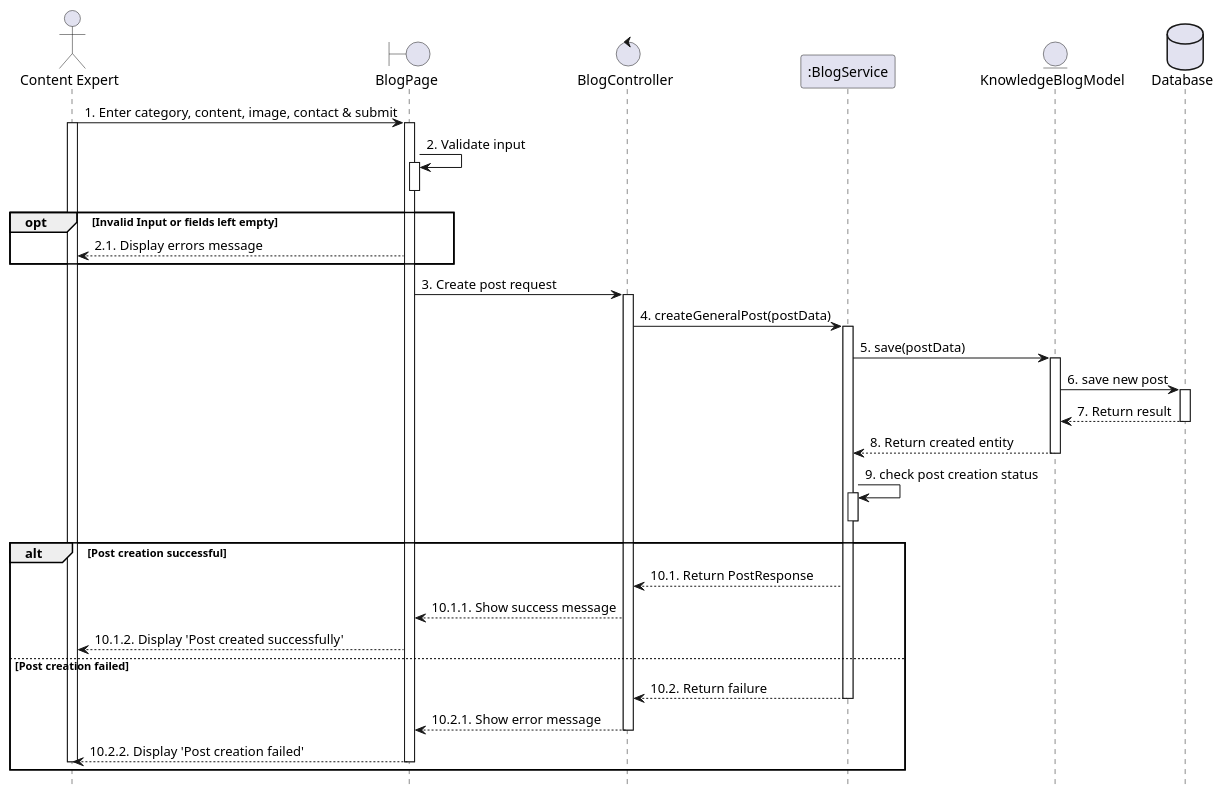
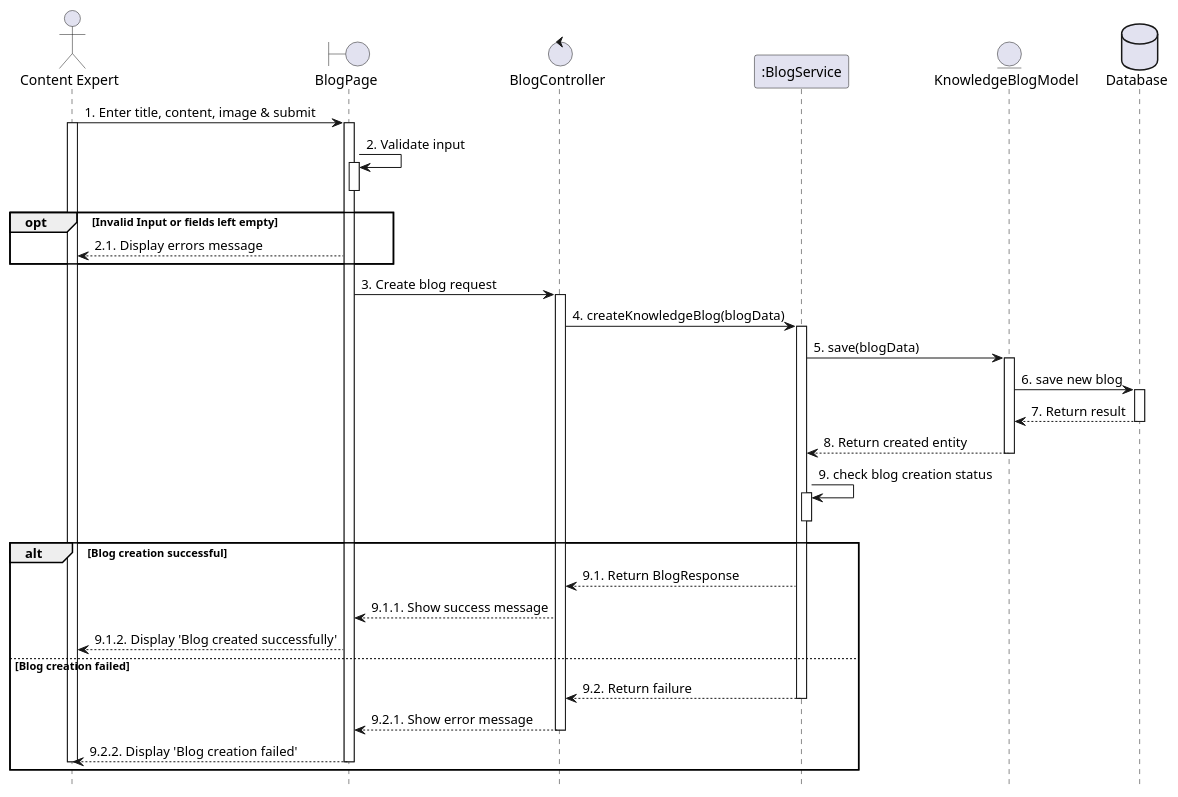
One commit to VietDurian/VietDurian changed the diagram in planuml/web/67_createBlog.puml. Above: the diagram before and after it, drawn with PlantUML. The commit also changed 11 other files, not shown here.

```diff
--- a/planuml/web/67_createBlog.puml
+++ b/planuml/web/67_createBlog.puml
@@ -1,61 +1,61 @@
 @startuml 67_createBlog
 hide footbox
 
 actor User as "Content Expert" 
 boundary BlogPage as View
 control "BlogController" as Controller
 participant ":BlogService" as Service
 entity "KnowledgeBlogModel" as Model
 entity "KnowledgeBlockModel" as Model
 database Database as Database
 
 
-User -> View : 1. Enter category, content, image, contact & submit
+User -> View : 1. Enter title, content, image & submit
 activate View
 activate User
 View -> View : 2. Validate input
 activate View
 deactivate View
 opt Invalid Input or fields left empty
     View --> User : 2.1. Display errors message
 end
 
-View -> Controller : 3. Create post request
+View -> Controller : 3. Create blog request
 activate Controller
 
-Controller -> Service : 4. createGeneralPost(postData)
+Controller -> Service : 4. createKnowledgeBlog(blogData)
 activate Service
 
-Service -> Model : 5. save(postData)
+Service -> Model : 5. save(blogData)
 activate Model
 
-Model -> Database : 6. save new post
+Model -> Database : 6. save new blog
 activate Database
 Database --> Model : 7. Return result
 deactivate Database
 
 Model --> Service : 8. Return created entity
 deactivate Model
 
-Service -> Service : 9. check post creation status
+Service -> Service : 9. check blog creation status
 activate Service
 deactivate Service
 
-alt Post creation successful
-    Service --> Controller : 10.1. Return PostResponse
+alt Blog creation successful
+    Service --> Controller : 9.1. Return BlogResponse
 
-    Controller --> View : 10.1.1. Show success message
+    Controller --> View : 9.1.1. Show success message
 
-    View --> User : 10.1.2. Display 'Post created successfully'
-else Post creation failed
-    Service --> Controller : 10.2. Return failure
+    View --> User : 9.1.2. Display 'Blog created successfully'
+else Blog creation failed
+    Service --> Controller : 9.2. Return failure
     deactivate Service
 
-    Controller --> View : 10.2.1. Show error message
+    Controller --> View : 9.2.1. Show error message
     deactivate Controller
 
-    View --> User : 10.2.2. Display 'Post creation failed'
+    View --> User : 9.2.2. Display 'Blog creation failed'
     deactivate View
     deactivate User
 end
 @enduml
```
